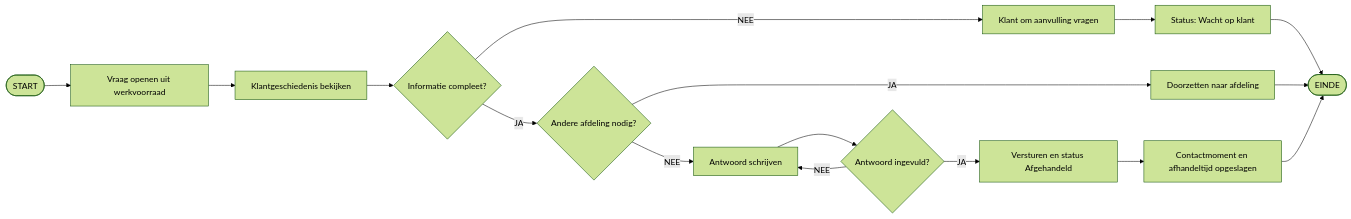
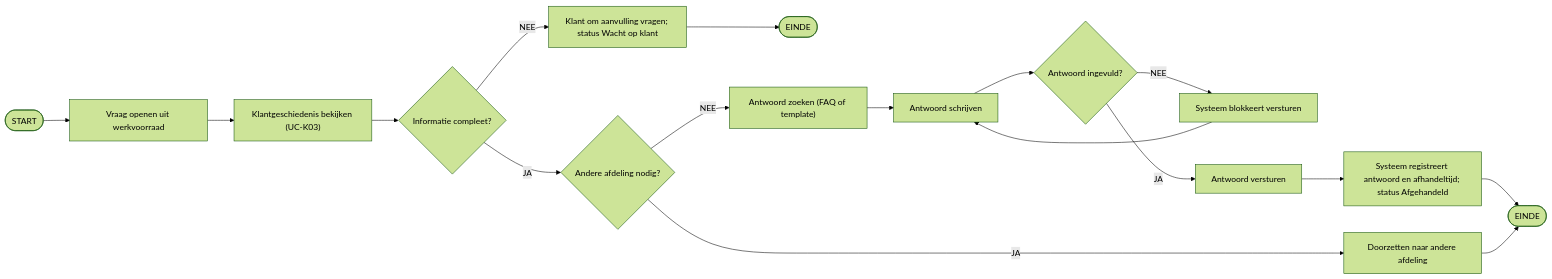
One commit to VoyageVista1/GroepInkoop changed the seventh of 13 diagrams in docs/ontwerp/use-cases-klantenservice.md. Above: the diagram before and after it, drawn with Mermaid (forest theme). The commit also changed other lines of this file and 3 other files, not shown here.

````diff
--- a/docs/ontwerp/use-cases-klantenservice.md
+++ b/docs/ontwerp/use-cases-klantenservice.md
@@ -181,10 +415,34 @@
 ```mermaid
 flowchart LR
-    S(["START"]) --> A["Vraag openen uit werkvoorraad"] --> B["Klantgeschiedenis bekijken"] --> C{"Informatie compleet?"}
-    C -- "NEE" --> D["Klant om aanvulling vragen"] --> E["Status: Wacht op klant"] --> Z(["EINDE"])
-    C -- "JA" --> F{"Andere afdeling nodig?"}
-    F -- "JA" --> G["Doorzetten naar afdeling"] --> Z
-    F -- "NEE" --> H["Antwoord schrijven"] --> I{"Antwoord ingevuld?"}
-    I -- "NEE" --> H
-    I -- "JA" --> J["Versturen en status Afgehandeld"] --> K["Contactmoment en afhandeltijd opgeslagen"] --> Z
+    N0(["START"])
+    N1["Vraag openen uit werkvoorraad"]
+    N2["Klantgeschiedenis bekijken (UC-K03)"]
+    N3{"Informatie compleet?"}
+    N4["Klant om aanvulling vragen; status Wacht op klant"]
+    N5(["EINDE"])
+    N6{"Andere afdeling nodig?"}
+    N7["Doorzetten naar andere afdeling"]
+    N8["Antwoord zoeken (FAQ of template)"]
+    N9["Antwoord schrijven"]
+    N10{"Antwoord ingevuld?"}
+    N11["Systeem blokkeert versturen"]
+    N12["Antwoord versturen"]
+    N13["Systeem registreert antwoord en afhandeltijd; status Afgehandeld"]
+    N14(["EINDE"])
+    N0 --> N1
+    N1 --> N2
+    N2 --> N3
+    N3 -- "NEE" --> N4
+    N4 --> N5
+    N3 -- "JA" --> N6
+    N6 -- "JA" --> N7
+    N6 -- "NEE" --> N8
+    N8 --> N9
+    N9 --> N10
+    N11 --> N9
+    N10 -- "NEE" --> N11
+    N10 -- "JA" --> N12
+    N12 --> N13
+    N13 --> N14
+    N7 --> N14
 ```
````
